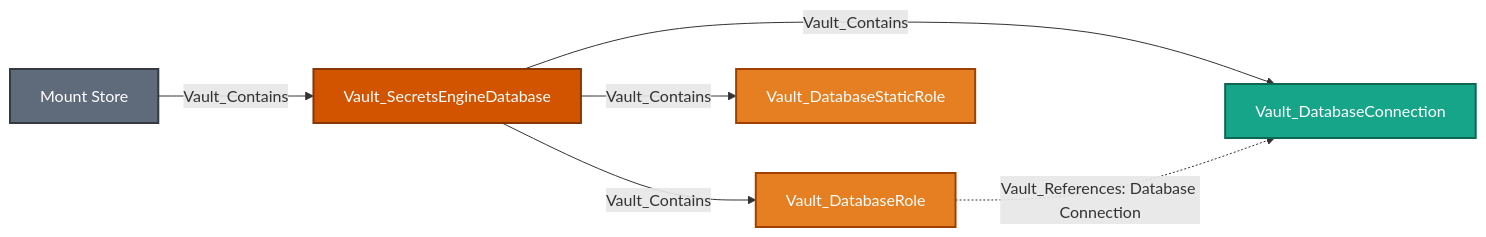
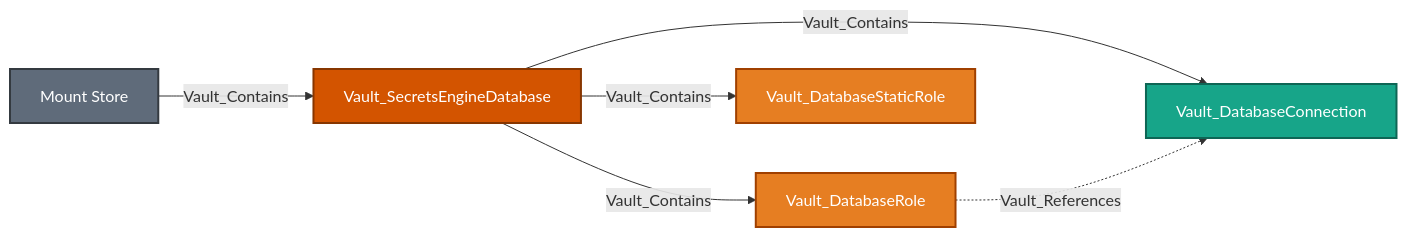
One commit to bytewreck/opengraph-vault changed the seventh of 29 diagrams in Documentation/stores/MOUNTS.md. Above: the diagram before and after it, drawn with Mermaid. The commit also changed other lines of this file and 7 other files, not shown here.

````diff
--- a/Documentation/stores/MOUNTS.md
+++ b/Documentation/stores/MOUNTS.md
@@ -351,13 +345,13 @@
 ```mermaid
 flowchart LR
     store[Mount Store]:::storeNode -->|Vault_Contains| mount[Vault_SecretsEngineDatabase]:::mountNode
     mount -->|Vault_Contains| connection[Vault_DatabaseConnection]:::referenceNode
     mount -->|Vault_Contains| role[Vault_DatabaseRole]:::secretObjectNode
     mount -->|Vault_Contains| static[Vault_DatabaseStaticRole]:::secretObjectNode
-    role -.->|Vault_References: Database Connection| connection
+    role -.->|Vault_References| connection
 
     classDef storeNode fill:#5F6B7A,color:#fff,stroke:#343A40,stroke-width:2px
     classDef mountNode fill:#D35400,color:#fff,stroke:#873600,stroke-width:2px
     classDef secretObjectNode fill:#E67E22,color:#fff,stroke:#A04000,stroke-width:2px
     classDef referenceNode fill:#17A589,color:#fff,stroke:#0E6655,stroke-width:2px
 ```
````
